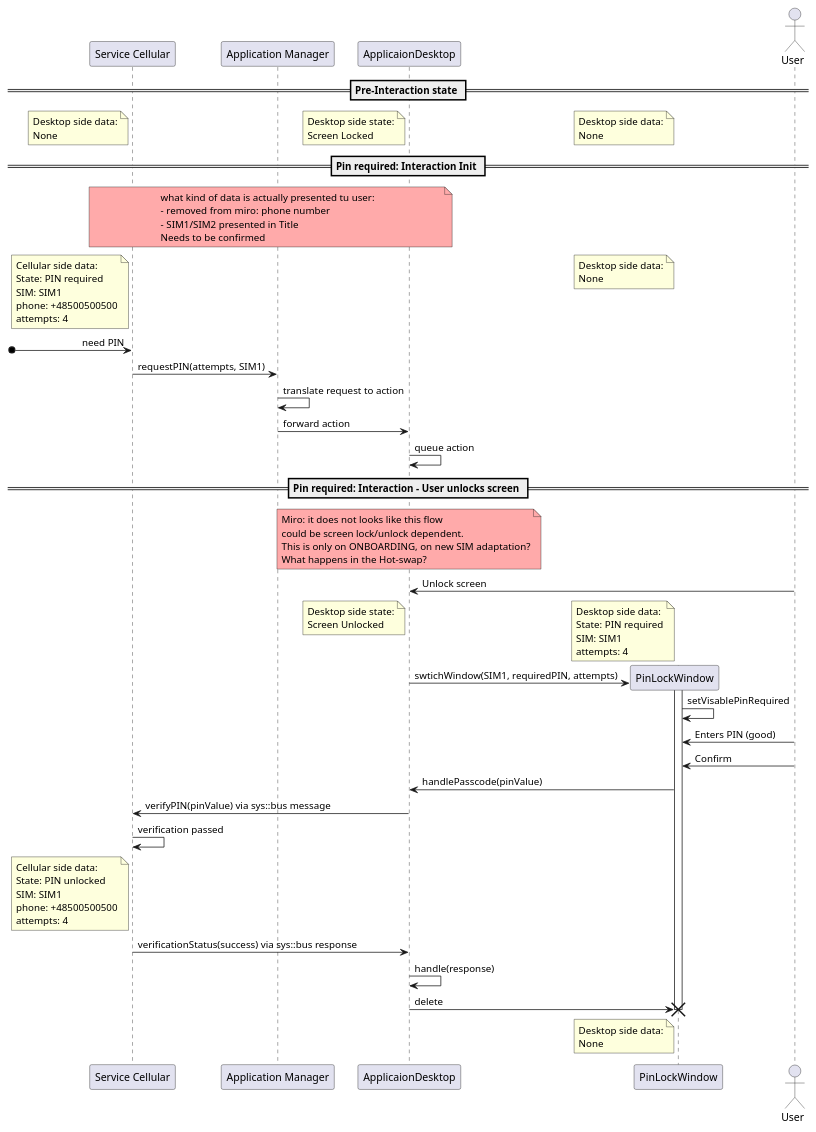
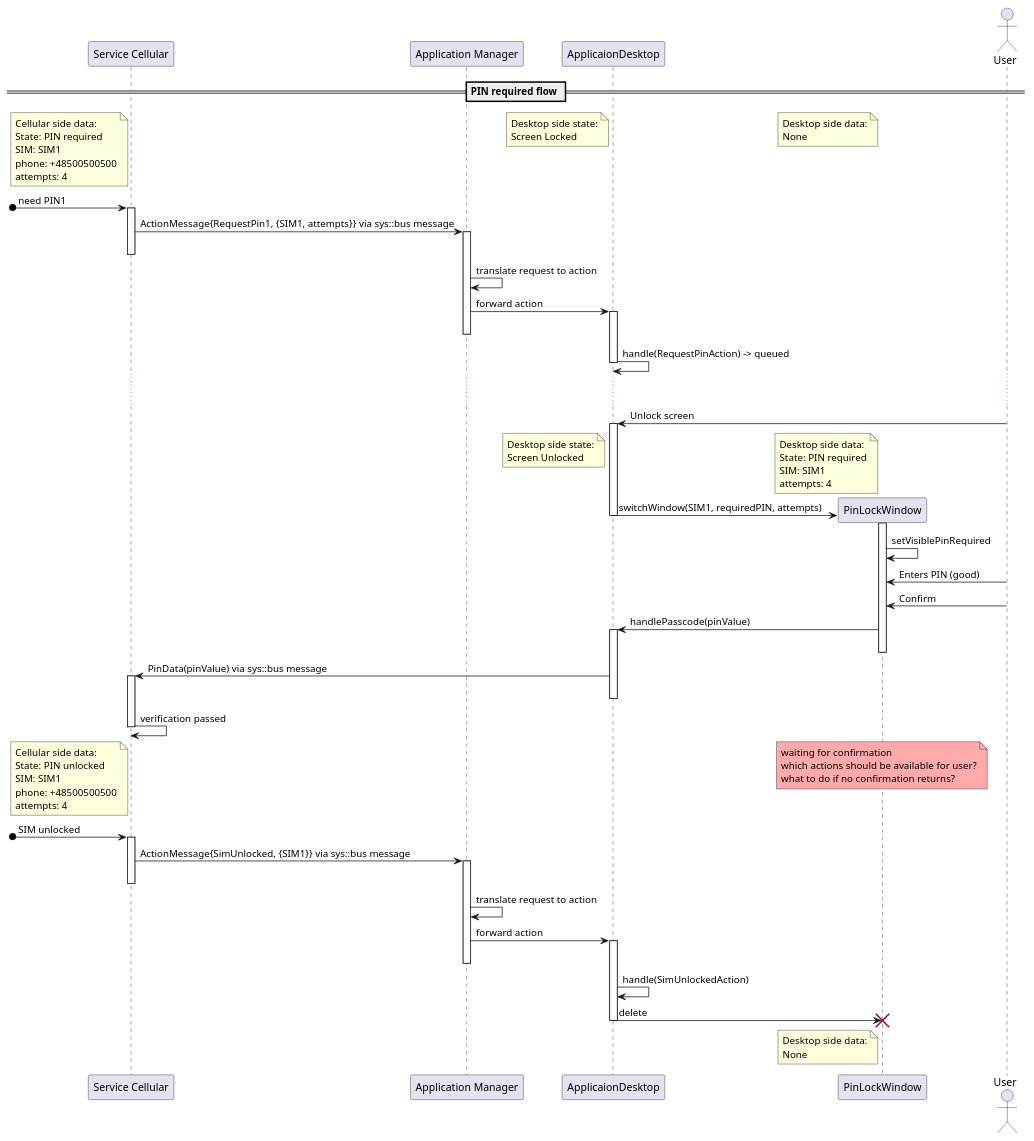
Before and after one commit to mudita/MuditaOS: the diagram in module-apps/application-desktop/doc/appdesktop_pinflow.pu, drawn with PlantUML. The commit also changed 25 other files, not shown here.

Commit message:
flow added for verification response via action

```diff
--- a/module-apps/application-desktop/doc/appdesktop_pinflow.pu
+++ b/module-apps/application-desktop/doc/appdesktop_pinflow.pu
@@ -1,95 +1,95 @@
 @startuml
 
 participant "Service Cellular" as srvclr
 participant "Application Manager" as appmgr
 participant "ApplicaionDesktop" as appdsktp
 participant "PinLockWindow" as pinwin
 actor User
 
-    == Pre-Interaction state ==
-!pragma teoz true
-note left of srvclr
-    Desktop side data:
-    None
-end note
-/ note left of pinwin
-    Desktop side data:
-    None
-end note
-/ note left of appdsktp
-    Desktop side state:
-    Screen Locked
-end note
-
-
-    == Pin required: Interaction Init ==
-note over srvclr, appdsktp #FFAAAA
-    what kind of data is actually presented tu user:
-    - removed from miro: phone number
-    - SIM1/SIM2 presented in Title
-    Needs to be confirmed
-end note
+    == PIN required flow ==
 
 note left of srvclr
     Cellular side data:
     State: PIN required
     SIM: SIM1
     phone: +48500500500
     attempts: 4
 end note
+/ note left of appdsktp
+    Desktop side state:
+    Screen Locked
+end note
 / note left of pinwin
     Desktop side data:
     None
 end note
 
-[o->srvclr : need PIN
-
-srvclr -> appmgr : requestPIN(attempts, SIM1)
+[o->srvclr : need PIN1
+activate srvclr
+srvclr -> appmgr : ActionMessage{RequestPin1, {SIM1, attempts}} via sys::bus message
+    activate appmgr
+deactivate srvclr
     appmgr -> appmgr : translate request to action
     appmgr -> appdsktp : forward action
-        appdsktp -> appdsktp : queue action
-
-
-    == Pin required: Interaction - User unlocks screen ==
-note over appdsktp #FFAAAA
-    Miro: it does not looks like this flow
-    could be screen lock/unlock dependent.
-    This is only on ONBOARDING, on new SIM adaptation?
-    What happens in the Hot-swap?
-end note
-
+        activate appdsktp
+    deactivate appmgr
+        appdsktp -> appdsktp : handle(RequestPinAction) -> queued
+        deactivate appdsktp
+        ... ...
         appdsktp <- User : Unlock screen
+        activate appdsktp
 note left of pinwin
     Desktop side data:
     State: PIN required
     SIM: SIM1
     attempts: 4
 end note
 / note left of appdsktp
     Desktop side state:
     Screen Unlocked
 end note
-        appdsktp -> pinwin ** : swtichWindow(SIM1, requiredPIN, attempts)
+        appdsktp -> pinwin ** : switchWindow(SIM1, requiredPIN, attempts)
             activate pinwin
-            pinwin -> pinwin : setVisablePinRequired
+        deactivate appdsktp
+            pinwin -> pinwin : setVisiblePinRequired
             pinwin <- User : Enters PIN (good)
             pinwin <- User : Confirm
         appdsktp <- pinwin : handlePasscode(pinValue)
-srvclr <- appdsktp : verifyPIN(pinValue) via sys::bus message
+        activate appdsktp
+            deactivate pinwin
+srvclr <- appdsktp : PinData(pinValue) via sys::bus message
+activate srvclr
+        deactivate appdsktp
 srvclr -> srvclr : verification passed
+deactivate srvclr
 note left of srvclr
     Cellular side data:
     State: PIN unlocked
     SIM: SIM1
     phone: +48500500500
     attempts: 4
 end note
-srvclr -> appdsktp : verificationStatus(success) via sys::bus response
-        appdsktp -> appdsktp : handle(response)
+/ note over pinwin #FFAAAA
+    waiting for confirmation
+    which actions should be available for user?
+    what to do if no confirmation returns?
+end note
+
+[o->srvclr : SIM unlocked
+activate srvclr
+srvclr -> appmgr : ActionMessage{SimUnlocked, {SIM1}} via sys::bus message
+    activate appmgr
+deactivate srvclr
+    appmgr -> appmgr : translate request to action
+    appmgr -> appdsktp : forward action
+        activate appdsktp
+    deactivate appmgr
+        appdsktp -> appdsktp : handle(SimUnlockedAction)
         appdsktp -> pinwin !! : delete
+        deactivate appdsktp
 note left of pinwin
     Desktop side data:
     None
 end note
 
 @enduml
```
